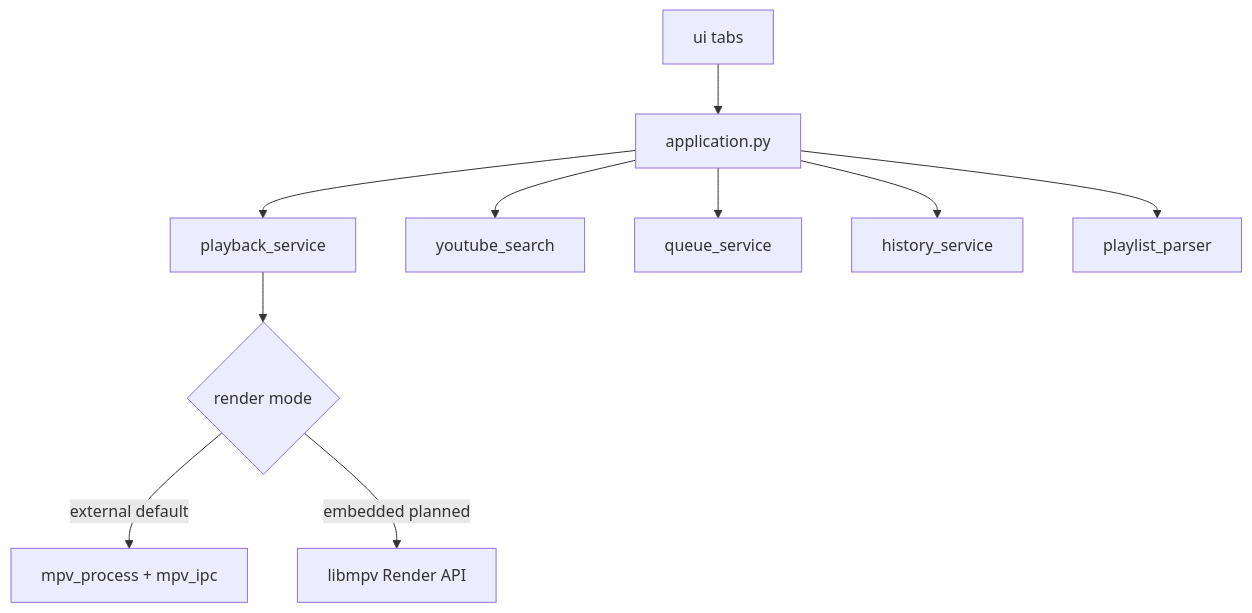
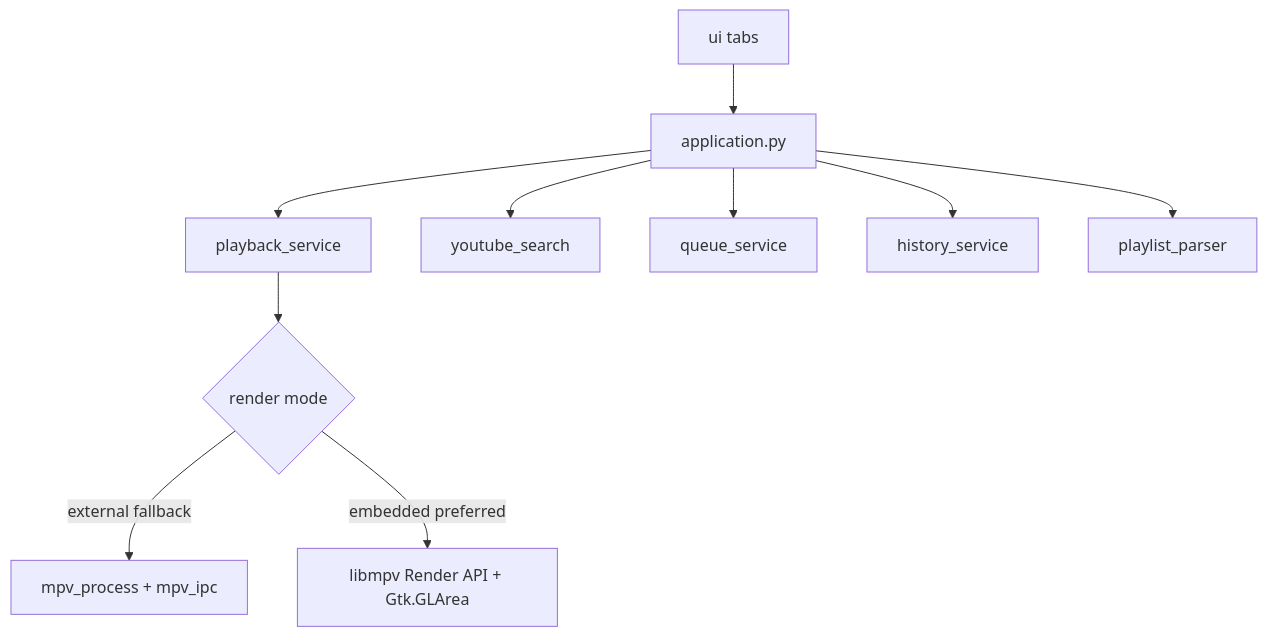
The diagram in docs/ARCHITECTURE.md (oibitoye/khad-player), drawn with Mermaid before and after one commit. The commit also changed other lines of this file and 20 other files, not shown here.

First line of the commit message:
feat: implement embedded playback support with libmpv Render API

````diff
--- a/docs/ARCHITECTURE.md
+++ b/docs/ARCHITECTURE.md
@@ -5,12 +5,12 @@
 ```mermaid
 flowchart TB
   UI[ui tabs] --> App[application.py]
   App --> Playback[playback_service]
   Playback --> RenderMode{render mode}
-  RenderMode -->|external default| MpvProc[mpv_process + mpv_ipc]
-  RenderMode -->|embedded planned| Libmpv[libmpv Render API]
+  RenderMode -->|external fallback| MpvProc[mpv_process + mpv_ipc]
+  RenderMode -->|embedded preferred| Libmpv[libmpv Render API + Gtk.GLArea]
   App --> Search[youtube_search]
   App --> Queue[queue_service]
   App --> History[history_service]
   App --> Playlist[playlist_parser]
 ```
````
